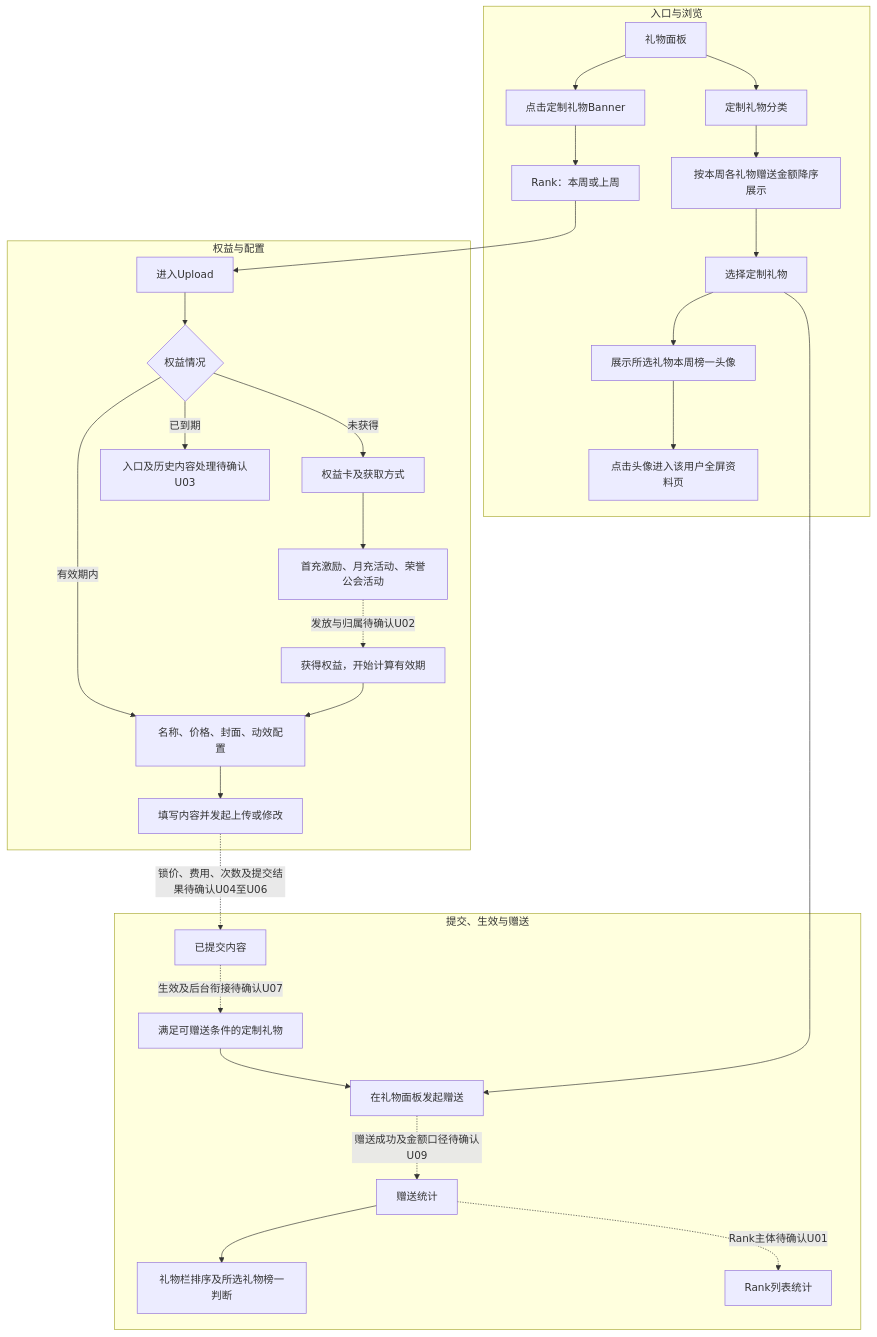
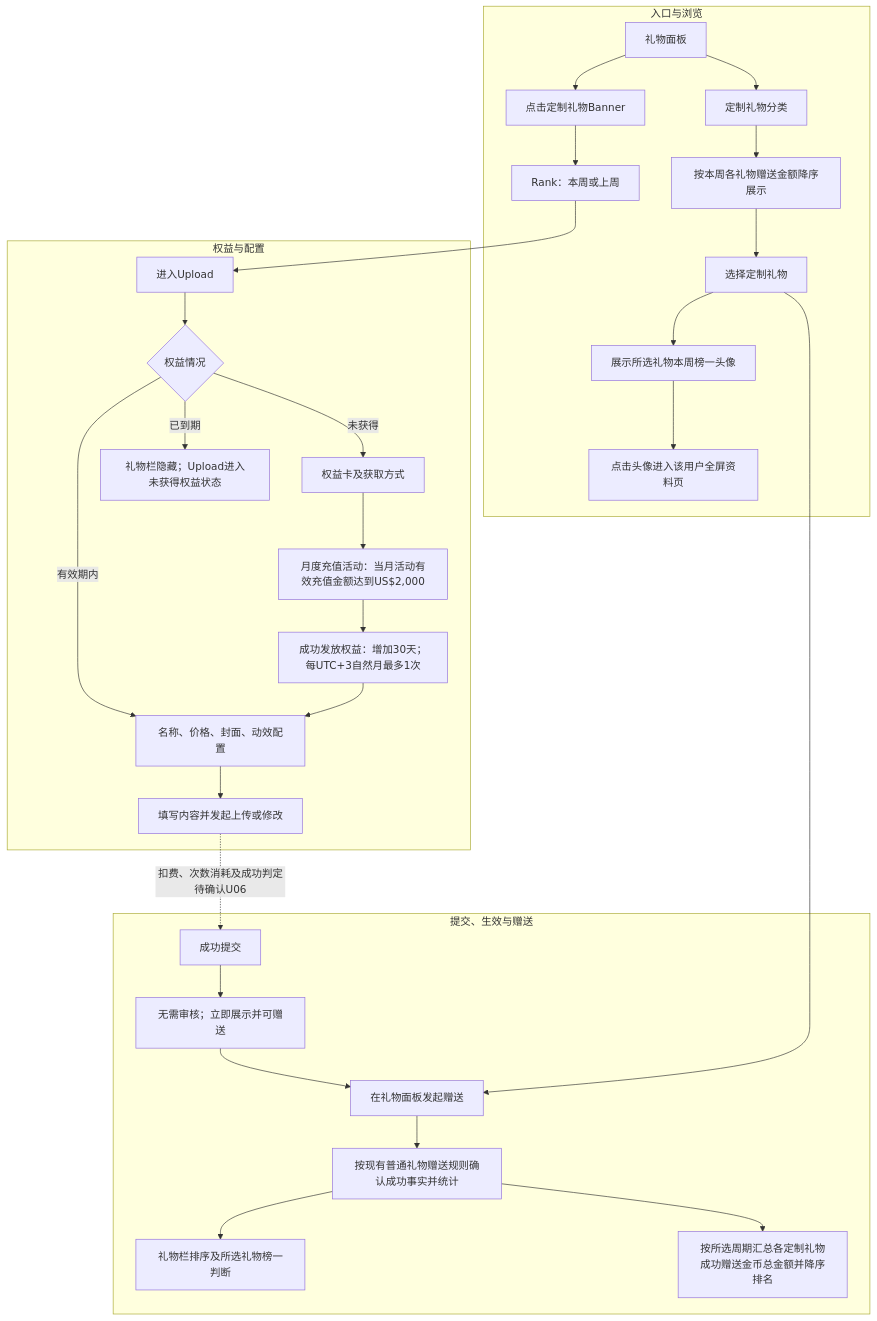
One commit to kocekid/TOPKHALIJ_2.1.40 changed the first of 3 diagrams in 定制礼物需求文档.md. Above: the diagram before and after it, drawn with Mermaid. The commit also changed other lines of this file, not shown here.

````diff
--- a/定制礼物需求文档.md
+++ b/定制礼物需求文档.md
@@ -90,32 +89,32 @@
 ```mermaid
 flowchart TD
     subgraph A["入口与浏览"]
       A1["礼物面板"] --> A2["定制礼物分类"]
       A2 --> A3["按本周各礼物赠送金额降序展示"]
       A3 --> A4["选择定制礼物"]
       A4 --> A5["展示所选礼物本周榜一头像"]
       A5 --> A6["点击头像进入该用户全屏资料页"]
       A1 --> A7["点击定制礼物Banner"]
       A7 --> A8["Rank：本周或上周"]
     end
     subgraph B["权益与配置"]
       A8 --> B1["进入Upload"]
       B1 --> B2{"权益情况"}
       B2 -- "未获得" --> B3["权益卡及获取方式"]
-      B3 --> B4["首充激励、月充活动、荣誉公会活动"]
-      B4 -. "发放与归属待确认U02" .-> B5["获得权益，开始计算有效期"]
+      B3 --> B4["月度充值活动：当月活动有效充值金额达到US$2,000"]
+      B4 --> B5["成功发放权益：增加30天；每UTC+3自然月最多1次"]
       B2 -- "有效期内" --> B6["名称、价格、封面、动效配置"]
       B5 --> B6
-      B2 -- "已到期" --> B7["入口及历史内容处理待确认U03"]
+      B2 -- "已到期" --> B7["礼物栏隐藏；Upload进入未获得权益状态"]
       B6 --> B8["填写内容并发起上传或修改"]
     end
     subgraph C["提交、生效与赠送"]
-      B8 -. "锁价、费用、次数及提交结果待确认U04至U06" .-> C1["已提交内容"]
-      C1 -. "生效及后台衔接待确认U07" .-> C2["满足可赠送条件的定制礼物"]
+      B8 -. "扣费、次数消耗及成功判定待确认U06" .-> C1["成功提交"]
+      C1 --> C2["无需审核；立即展示并可赠送"]
       C2 --> C3["在礼物面板发起赠送"]
       A4 --> C3
-      C3 -. "赠送成功及金额口径待确认U09" .-> C4["赠送统计"]
+      C3 --> C4["按现有普通礼物赠送规则确认成功事实并统计"]
       C4 --> C5["礼物栏排序及所选礼物榜一判断"]
-      C4 -. "Rank主体待确认U01" .-> C6["Rank列表统计"]
+      C4 --> C6["按所选周期汇总各定制礼物成功赠送金币总金额并降序排名"]
     end
 ```
````
